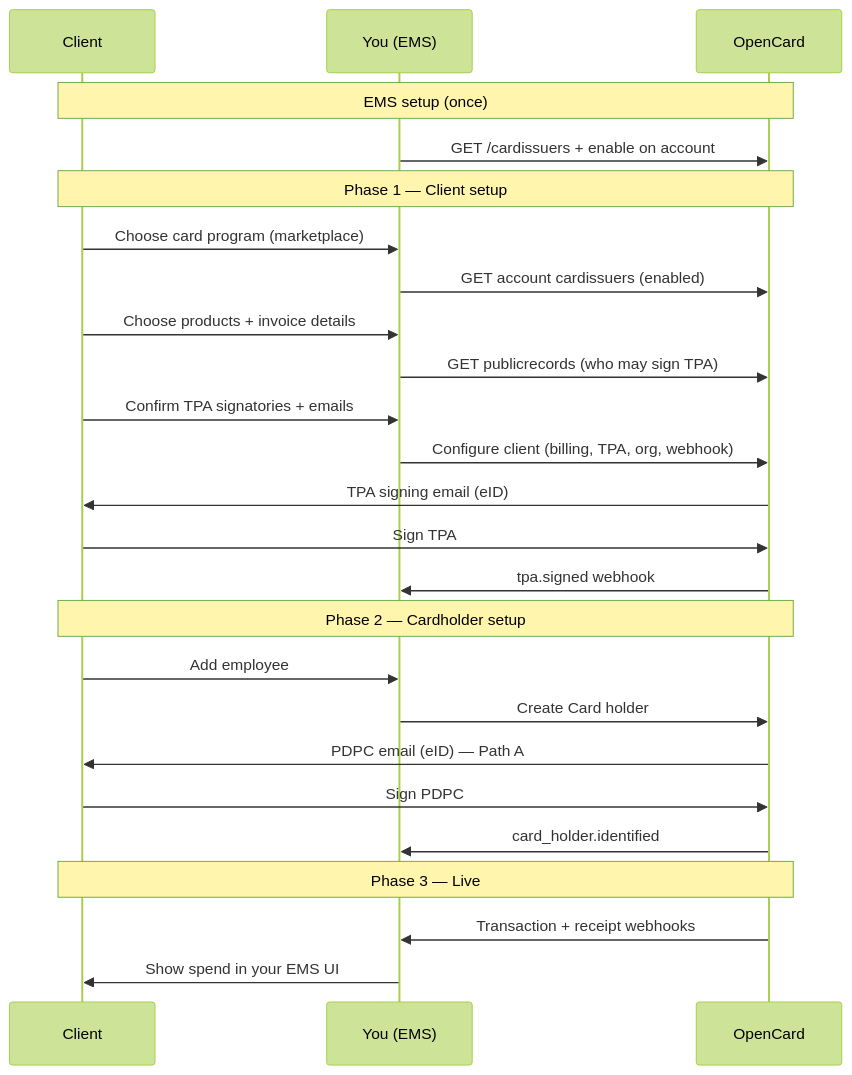
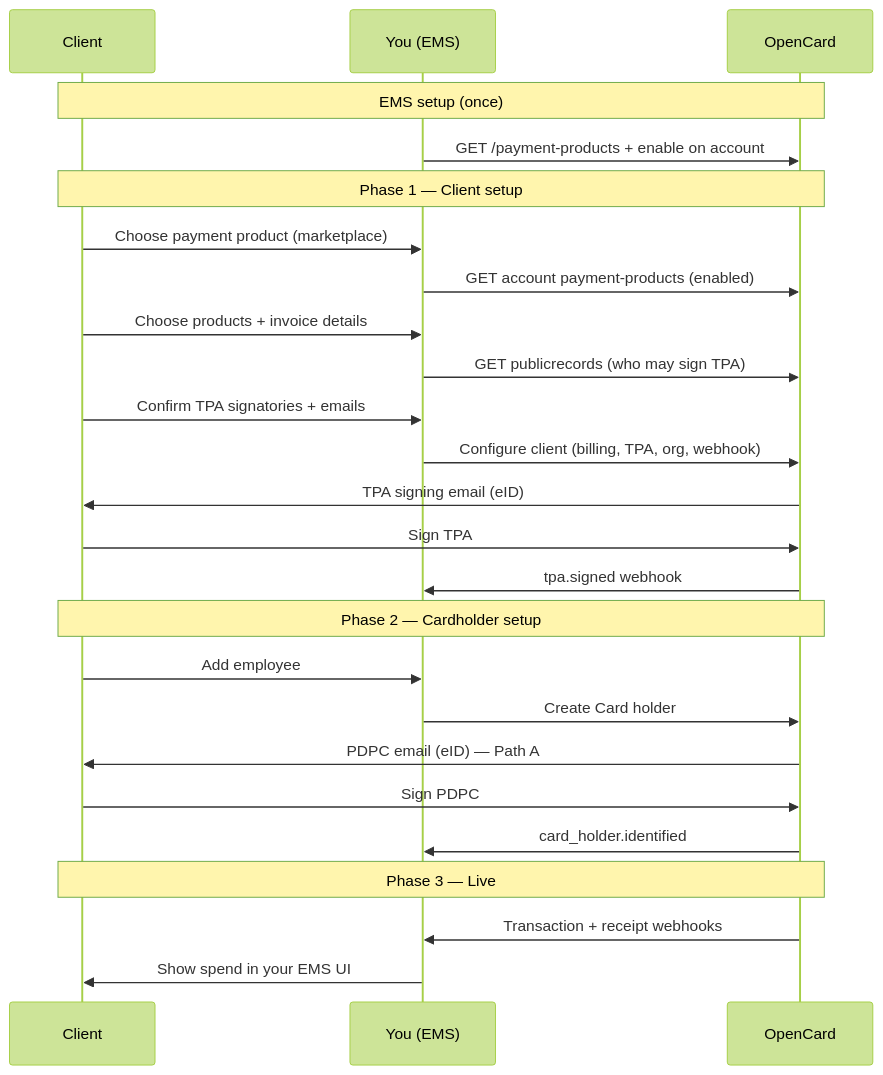
The diagram in ems/customer-onboarding.mdx (marc-opencard/developers.opencard.io), drawn with Mermaid (forest theme) before and after one commit. The commit also changed other lines of this file and 14 other files, not shown here.

First line of the commit message:
Rename card issuers to payment products and document funding.

````diff
--- a/ems/customer-onboarding.mdx
+++ b/ems/customer-onboarding.mdx
@@ -33,30 +33,30 @@
 ```mermaid
 sequenceDiagram
     participant Client as Client
     participant You as You (EMS)
     participant OC as OpenCard
 
     Note over Client,OC: EMS setup (once)
-    You->>OC: GET /cardissuers + enable on account
+    You->>OC: GET /payment-products + enable on account
     Note over Client,OC: Phase 1 — Client setup
-    Client->>You: Choose card program (marketplace)
-    You->>OC: GET account cardissuers (enabled)
+    Client->>You: Choose payment product (marketplace)
+    You->>OC: GET account payment-products (enabled)
     Client->>You: Choose products + invoice details
     You->>OC: GET publicrecords (who may sign TPA)
     Client->>You: Confirm TPA signatories + emails
     You->>OC: Configure client (billing, TPA, org, webhook)
     OC->>Client: TPA signing email (eID)
     Client->>OC: Sign TPA
     OC->>You: tpa.signed webhook
 
     Note over Client,OC: Phase 2 — Cardholder setup
     Client->>You: Add employee
     You->>OC: Create Card holder
     OC->>Client: PDPC email (eID) — Path A
     Client->>OC: Sign PDPC
     OC->>You: card_holder.identified
 
     Note over Client,OC: Phase 3 — Live
     OC->>You: Transaction + receipt webhooks
     You->>Client: Show spend in your EMS UI
 ```
````
